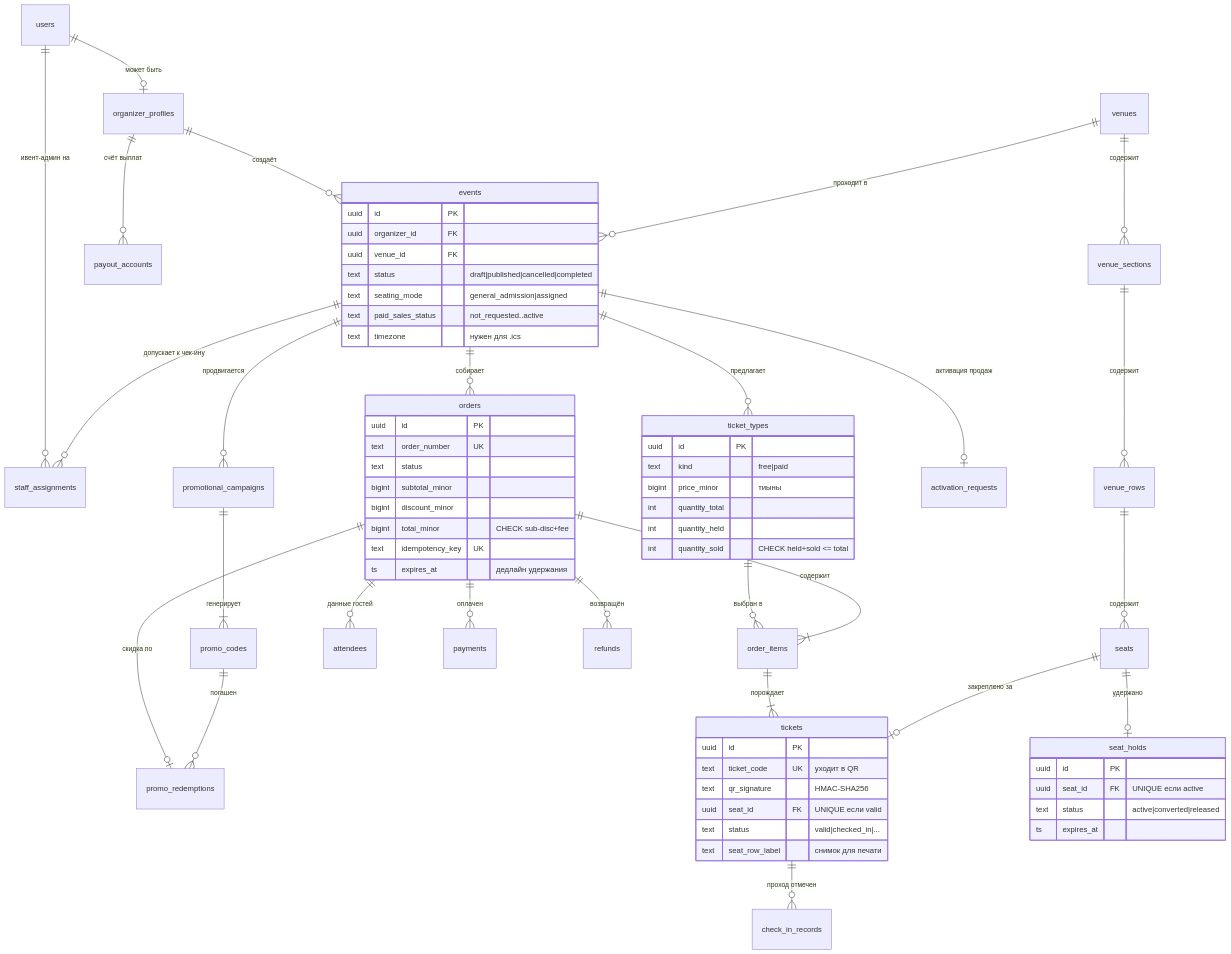
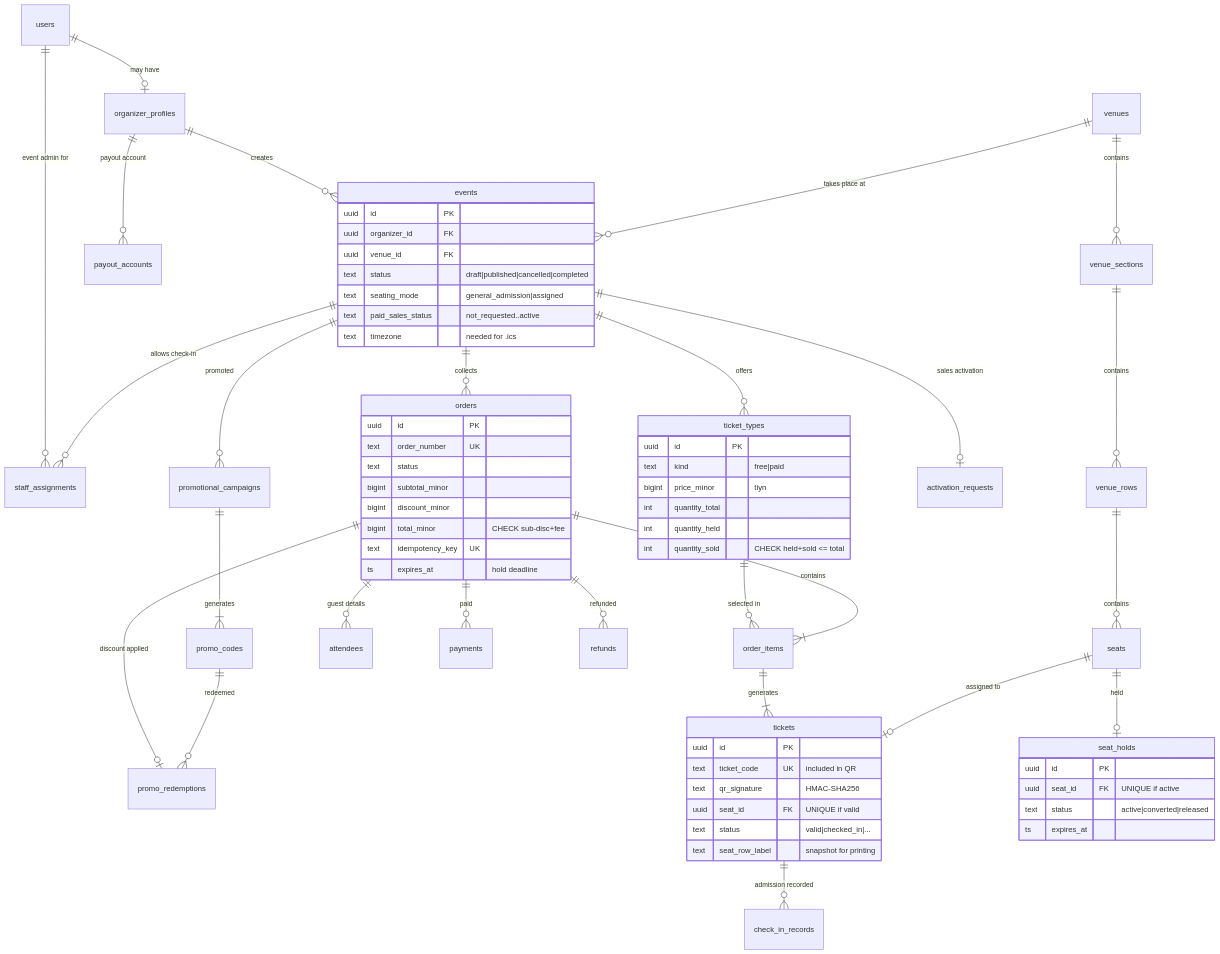
The second of 7 diagrams in README.md (Figusama/BiletFlow), drawn with Mermaid before and after one commit. The commit also changed other lines of this file, not shown here.

````diff
--- a/README.md
+++ b/README.md
@@ -160,75 +159,75 @@
 ```mermaid
 erDiagram
-  users ||--o| organizer_profiles : "может быть"
-  users ||--o{ staff_assignments  : "ивент-админ на"
-  organizer_profiles ||--o{ events : создаёт
-  organizer_profiles ||--o{ payout_accounts : "счёт выплат"
+  users ||--o| organizer_profiles : "may have"
+  users ||--o{ staff_assignments  : "event admin for"
+  organizer_profiles ||--o{ events : creates
+  organizer_profiles ||--o{ payout_accounts : "payout account"
 
-  venues ||--o{ venue_sections : содержит
-  venue_sections ||--o{ venue_rows : содержит
-  venue_rows ||--o{ seats : содержит
-  venues ||--o{ events : "проходит в"
+  venues ||--o{ venue_sections : contains
+  venue_sections ||--o{ venue_rows : contains
+  venue_rows ||--o{ seats : contains
+  venues ||--o{ events : "takes place at"
 
-  events ||--o{ ticket_types : предлагает
-  events ||--o{ staff_assignments : "допускает к чек-ину"
-  events ||--o{ orders : собирает
-  events ||--o| activation_requests : "активация продаж"
-  events ||--o{ promotional_campaigns : продвигается
+  events ||--o{ ticket_types : offers
+  events ||--o{ staff_assignments : "allows check-in"
+  events ||--o{ orders : collects
+  events ||--o| activation_requests : "sales activation"
+  events ||--o{ promotional_campaigns : promoted
 
-  ticket_types ||--o{ order_items : "выбран в"
-  orders ||--|{ order_items : содержит
-  orders ||--o{ attendees : "данные гостей"
-  orders ||--o{ payments : оплачен
-  orders ||--o{ refunds : возвращён
-  orders ||--o| promo_redemptions : "скидка по"
+  ticket_types ||--o{ order_items : "selected in"
+  orders ||--|{ order_items : contains
+  orders ||--o{ attendees : "guest details"
+  orders ||--o{ payments : paid
+  orders ||--o{ refunds : refunded
+  orders ||--o| promo_redemptions : "discount applied"
 
-  order_items ||--|{ tickets : "порождает"
-  seats ||--o| seat_holds : "удержано"
-  seats ||--o| tickets : "закреплено за"
-  tickets ||--o{ check_in_records : "проход отмечен"
+  order_items ||--|{ tickets : generates
+  seats ||--o| seat_holds : held
+  seats ||--o| tickets : "assigned to"
+  tickets ||--o{ check_in_records : "admission recorded"
 
-  promotional_campaigns ||--|{ promo_codes : генерирует
-  promo_codes ||--o{ promo_redemptions : погашен
+  promotional_campaigns ||--|{ promo_codes : generates
+  promo_codes ||--o{ promo_redemptions : redeemed
 
   events {
     uuid   id PK
     uuid   organizer_id FK
     uuid   venue_id FK
     text   status "draft|published|cancelled|completed"
     text   seating_mode "general_admission|assigned"
     text   paid_sales_status "not_requested..active"
-    text   timezone "нужен для .ics"
+    text   timezone "needed for .ics"
   }
   ticket_types {
     uuid   id PK
     text   kind "free|paid"
-    bigint price_minor "тиыны"
+    bigint price_minor "tiyn"
     int    quantity_total
     int    quantity_held
     int    quantity_sold "CHECK held+sold <= total"
   }
   orders {
     uuid   id PK
     text   order_number UK
     text   status
     bigint subtotal_minor
     bigint discount_minor
     bigint total_minor "CHECK sub-disc+fee"
     text   idempotency_key UK
-    ts     expires_at "дедлайн удержания"
+    ts     expires_at "hold deadline"
   }
   tickets {
     uuid   id PK
-    text   ticket_code UK "уходит в QR"
+    text   ticket_code UK "included in QR"
     text   qr_signature "HMAC-SHA256"
-    uuid   seat_id FK "UNIQUE если valid"
+    uuid   seat_id FK "UNIQUE if valid"
     text   status "valid|checked_in|..."
-    text   seat_row_label "снимок для печати"
+    text   seat_row_label "snapshot for printing"
   }
   seat_holds {
     uuid   id PK
-    uuid   seat_id FK "UNIQUE если active"
+    uuid   seat_id FK "UNIQUE if active"
     text   status "active|converted|released"
     ts     expires_at
   }
 ```
````
